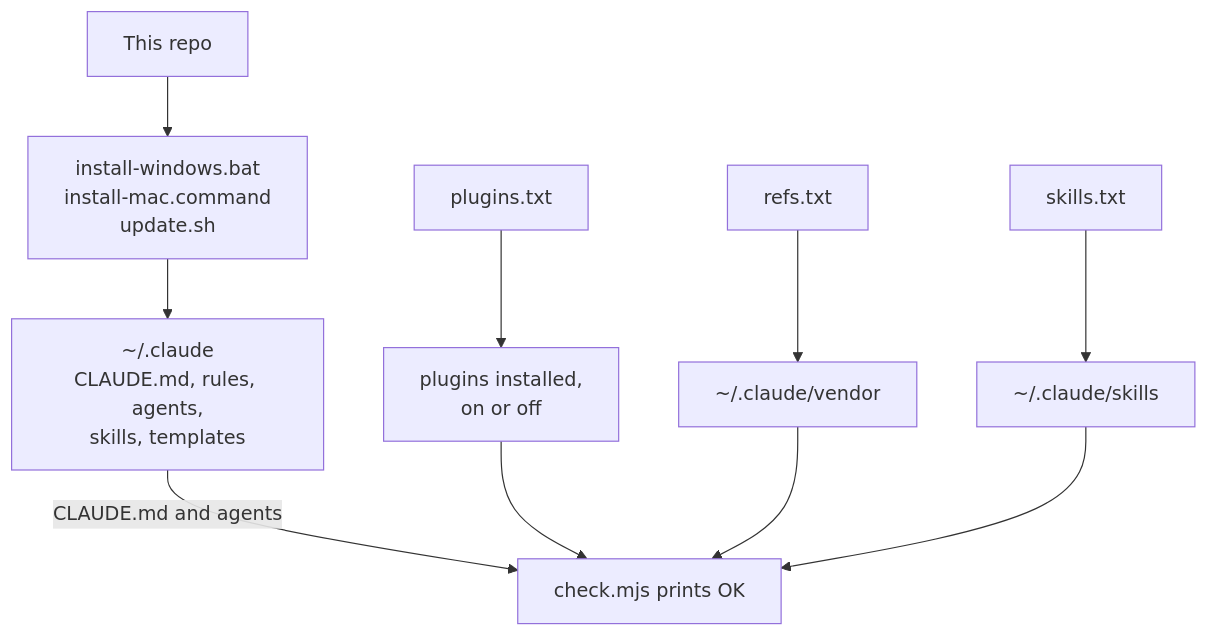
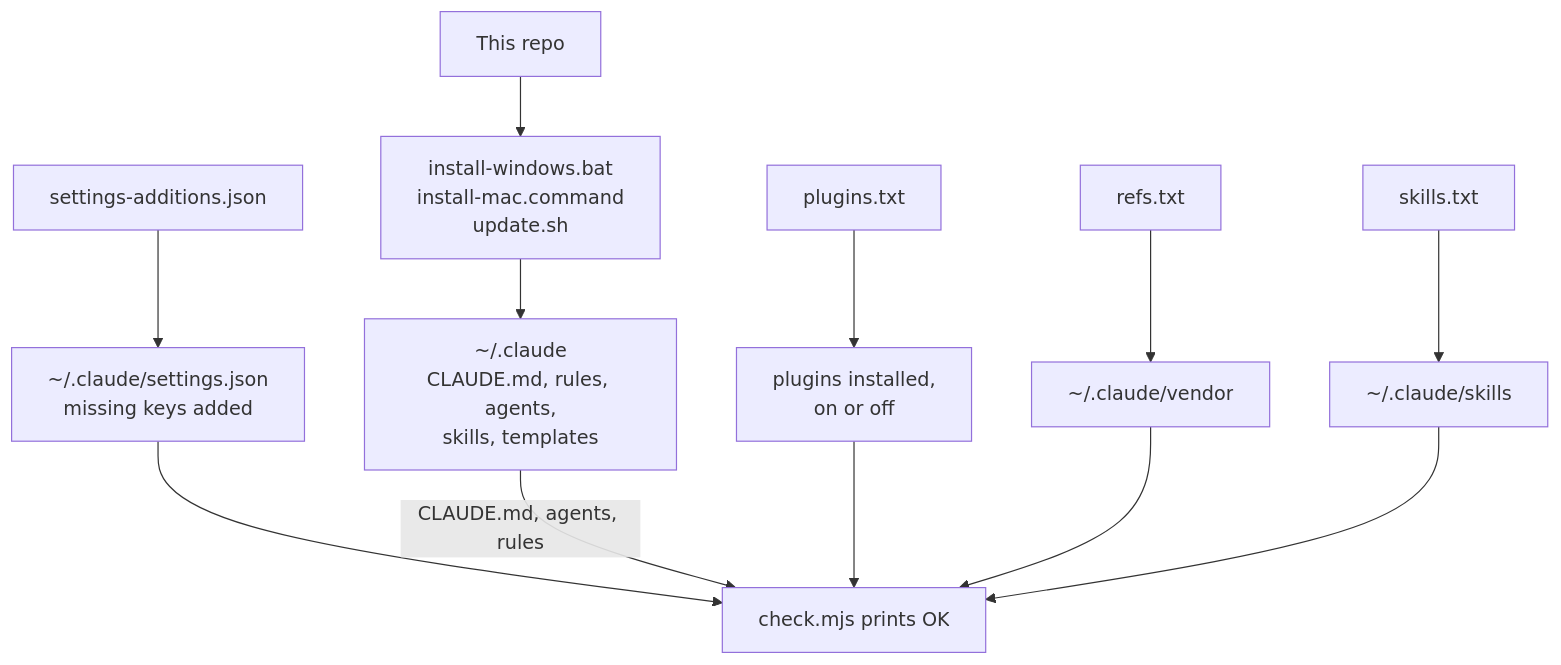
Before and after one commit to LeongJinZhou/ai-company: the third of 3 diagrams in README.md, drawn with Mermaid. The commit also changed other lines of this file and 10 other files, not shown here.

````diff
--- a/README.md
+++ b/README.md
@@ -106,12 +107,14 @@
 ```mermaid
 flowchart TD
     R["This repo"] --> I["install-windows.bat<br>install-mac.command<br>update.sh"]
     I --> H["~/.claude<br>CLAUDE.md, rules, agents,<br>skills, templates"]
     P["plugins.txt"] --> PI["plugins installed,<br>on or off"]
     X["refs.txt"] --> V["~/.claude/vendor"]
     S["skills.txt"] --> K["~/.claude/skills"]
-    H -- "CLAUDE.md and agents" --> C["check.mjs prints OK"]
+    A["settings-additions.json"] --> T["~/.claude/settings.json<br>missing keys added"]
+    T --> C
+    H -- "CLAUDE.md, agents, rules" --> C["check.mjs prints OK"]
     PI --> C
     V --> C
     K --> C
 ```
````
